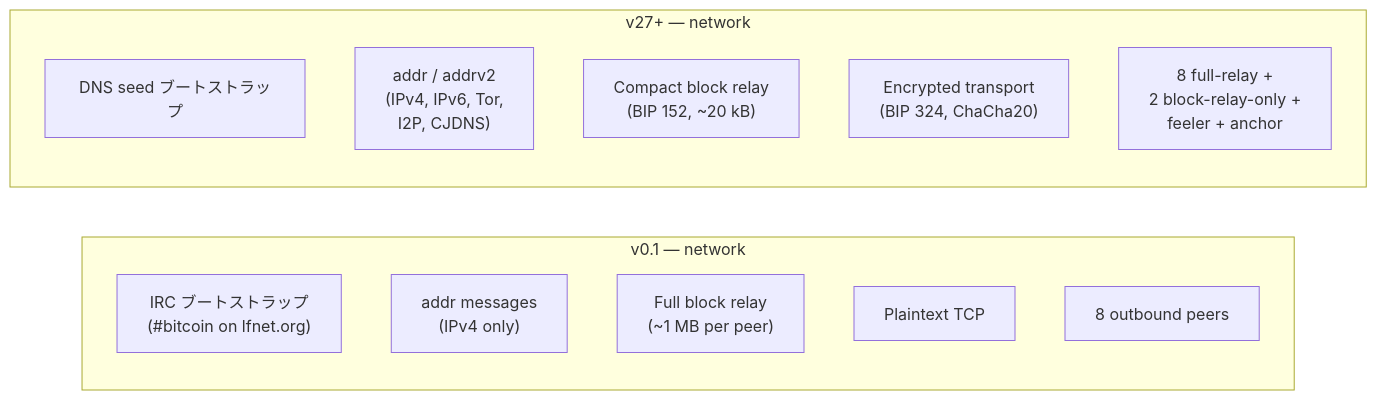
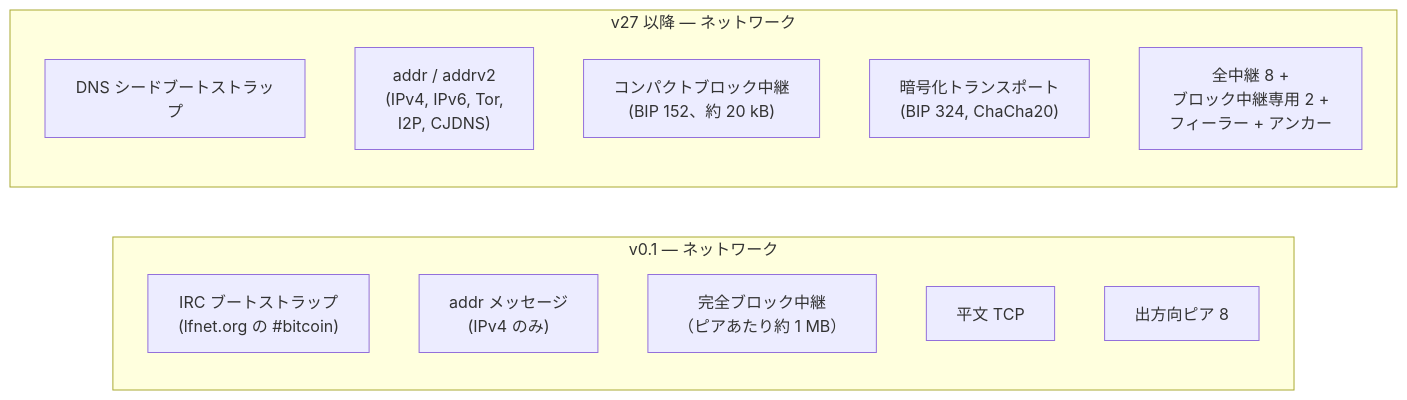
The second of 10 diagrams in src/data/translations/ja/design/2009-01-03-bitcoin-architecture-evolution.md (cypher256/BitcoinArchive), drawn with Mermaid before and after one commit. The commit also changed other lines of this file and 11 other files, not shown here.

````diff
--- a/src/data/translations/ja/design/2009-01-03-bitcoin-architecture-evolution.md
+++ b/src/data/translations/ja/design/2009-01-03-bitcoin-architecture-evolution.md
@@ -77,20 +77,20 @@
 ```mermaid
 flowchart LR
-    subgraph V01_NET["v0.1 — network"]
+    subgraph V01_NET["v0.1 — ネットワーク"]
         direction TB
-        IRC["IRC ブートストラップ<br/>(#bitcoin on lfnet.org)"]
-        ADDR_0["addr messages<br/>(IPv4 only)"]
-        FULL_BLK["Full block relay<br/>(~1 MB per peer)"]
-        PLAIN["Plaintext TCP"]
-        PEER_0["8 outbound peers"]
+        IRC["IRC ブートストラップ<br/>(lfnet.org の #bitcoin)"]
+        ADDR_0["addr メッセージ<br/>(IPv4 のみ)"]
+        FULL_BLK["完全ブロック中継<br/>（ピアあたり約 1 MB）"]
+        PLAIN["平文 TCP"]
+        PEER_0["出方向ピア 8"]
     end
 
-    subgraph V27_NET["v27+ — network"]
+    subgraph V27_NET["v27 以降 — ネットワーク"]
         direction TB
-        DNS["DNS seed ブートストラップ"]
+        DNS["DNS シードブートストラップ"]
         ADDRV2["addr / addrv2<br/>(IPv4, IPv6, Tor,<br/>I2P, CJDNS)"]
-        COMPACT["Compact block relay<br/>(BIP 152, ~20 kB)"]
-        ENC["Encrypted transport<br/>(BIP 324, ChaCha20)"]
-        PEER_N["8 full-relay +<br/>2 block-relay-only +<br/>feeler + anchor"]
+        COMPACT["コンパクトブロック中継<br/>(BIP 152、約 20 kB)"]
+        ENC["暗号化トランスポート<br/>(BIP 324, ChaCha20)"]
+        PEER_N["全中継 8 +<br/>ブロック中継専用 2 +<br/>フィーラー + アンカー"]
     end
 ```
````
